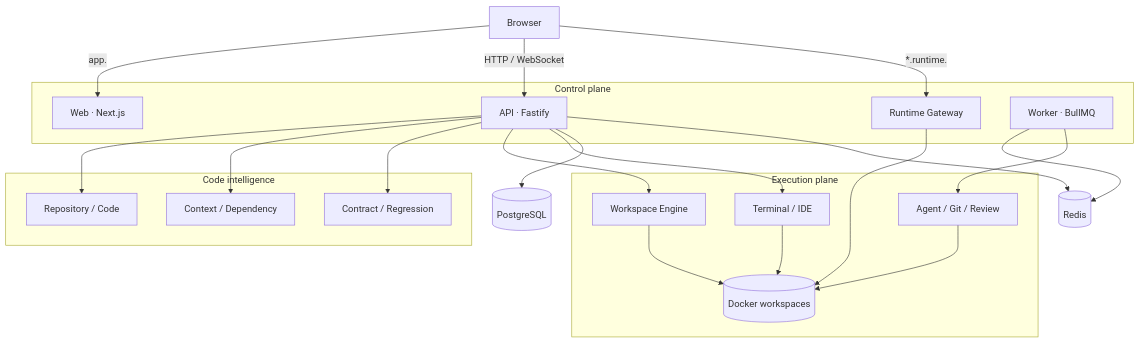
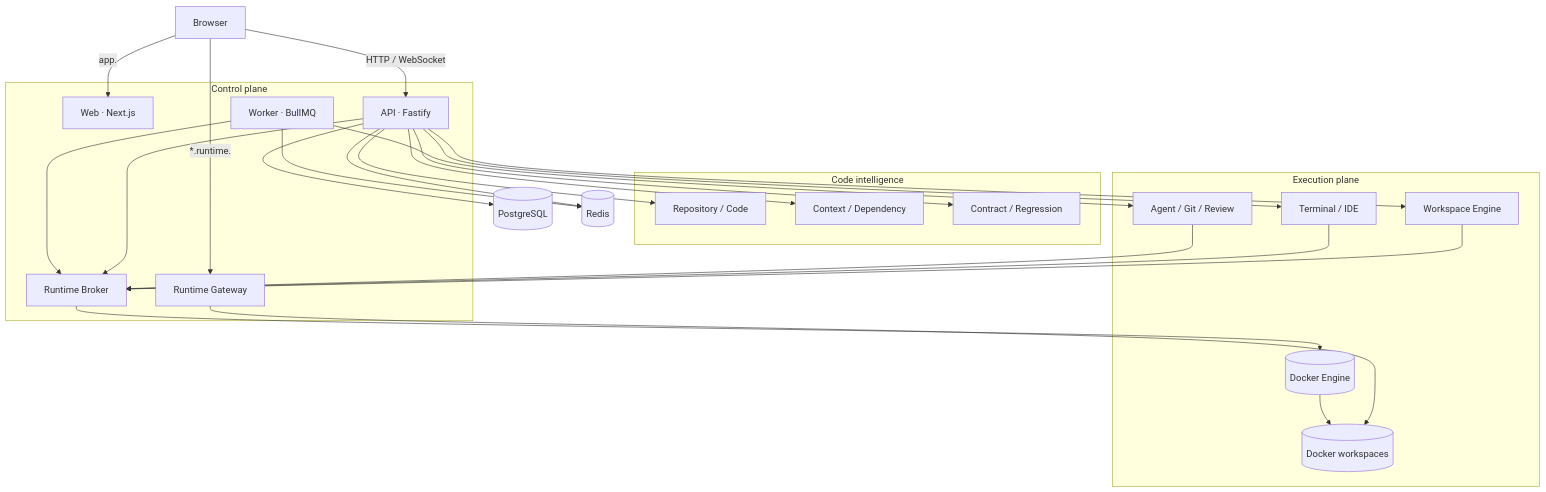
The first of 3 diagrams in README.md (RobersonCodes/Oliveira-DevClaud), drawn with Mermaid before and after one commit. The commit also changed other lines of this file and 48 other files, not shown here.

````diff
--- a/README.md
+++ b/README.md
@@ -40,40 +40,46 @@
 ```mermaid
 flowchart TB
   browser["Browser"] -->|"app.<control-domain>"| web["Web · Next.js"]
   browser -->|"HTTP / WebSocket"| api["API · Fastify"]
   browser -->|"*.runtime.<separate-domain>"| gateway["Runtime Gateway"]
 
   subgraph control["Control plane"]
     web
     api
     gateway
     worker["Worker · BullMQ"]
+    broker["Runtime Broker"]
   end
 
   subgraph intelligence["Code intelligence"]
     repository["Repository / Code"]
     context["Context / Dependency"]
     contracts["Contract / Regression"]
   end
 
   subgraph execution["Execution plane"]
     workspace["Workspace Engine"]
     terminal["Terminal / IDE"]
     agents["Agent / Git / Review"]
+    docker[("Docker Engine")]
     containers[("Docker workspaces")]
   end
 
   api --> repository
   api --> context
   api --> contracts
   api --> workspace
   api --> terminal
   gateway --> containers
   api --> postgres[("PostgreSQL")]
   api --> redis[("Redis")]
   worker --> redis
   worker --> agents
-  workspace --> containers
-  terminal --> containers
-  agents --> containers
+  api --> broker
+  worker --> broker
+  workspace --> broker
+  terminal --> broker
+  agents --> broker
+  broker --> docker
+  docker --> containers
 ```
````
